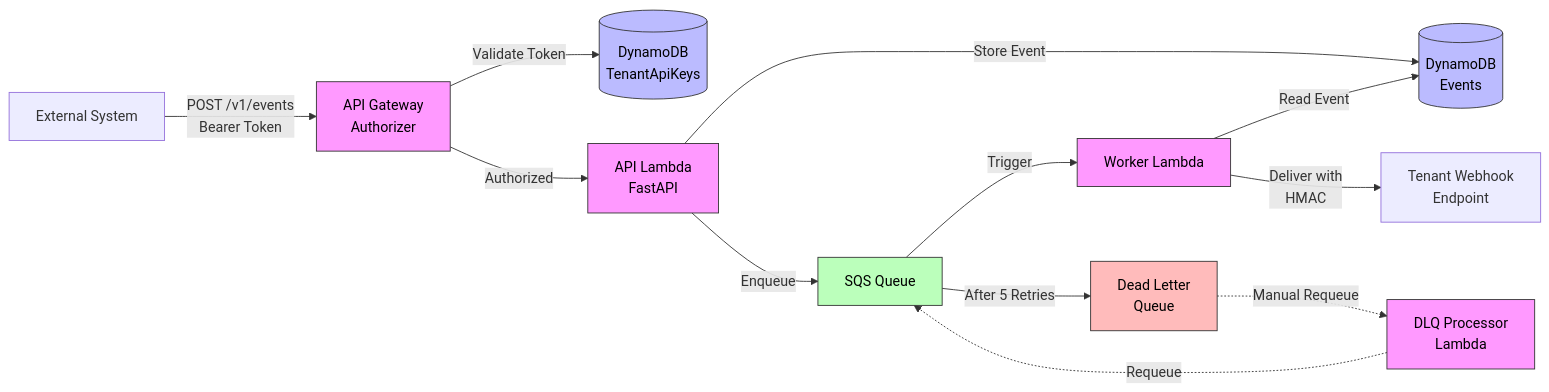
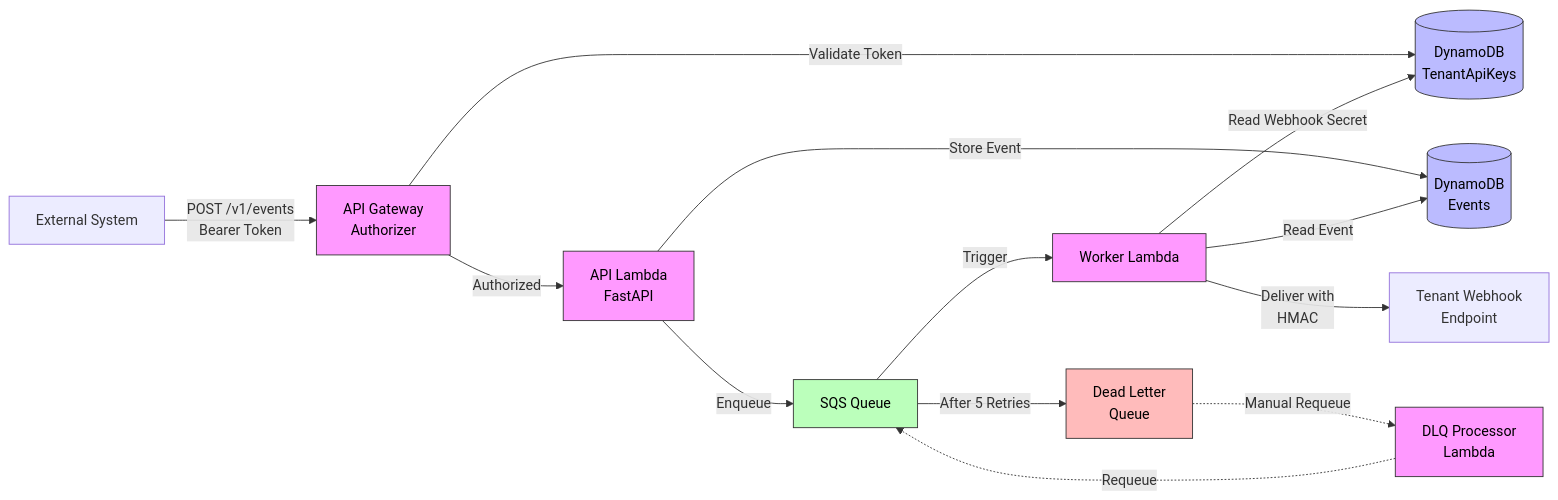
The first of 4 diagrams in README.md (lousydropout/webhook-delivery), drawn with Mermaid before and after one commit. The commit also changed other lines of this file, not shown here.

First line of the commit message:
Update system diagrams to reflect webhook secret retrieval from TenantApiKeys

````diff
--- a/README.md
+++ b/README.md
@@ -29,23 +29,24 @@
 ```mermaid
 graph LR
     A[External System] -->|POST /v1/events<br/>Bearer Token| B[API Gateway<br/>Authorizer]
     B -->|Validate Token| C[(DynamoDB<br/>TenantApiKeys)]
     B -->|Authorized| D[API Lambda<br/>FastAPI]
     D -->|Store Event| E[(DynamoDB<br/>Events)]
     D -->|Enqueue| F[SQS Queue]
     F -->|Trigger| G[Worker Lambda]
     G -->|Read Event| E
+    G -->|Read Webhook Secret| C
     G -->|Deliver with<br/>HMAC| H[Tenant Webhook<br/>Endpoint]
     F -->|After 5 Retries| I[Dead Letter<br/>Queue]
     I -.->|Manual Requeue| J[DLQ Processor<br/>Lambda]
     J -.->|Requeue| F
 
     style B fill:#f9f,stroke:#333,color:#000
     style D fill:#f9f,stroke:#333,color:#000
     style G fill:#f9f,stroke:#333,color:#000
     style J fill:#f9f,stroke:#333,color:#000
     style C fill:#bbf,stroke:#333,color:#000
     style E fill:#bbf,stroke:#333,color:#000
     style F fill:#bfb,stroke:#333,color:#000
     style I fill:#fbb,stroke:#333,color:#000
 ```
````
